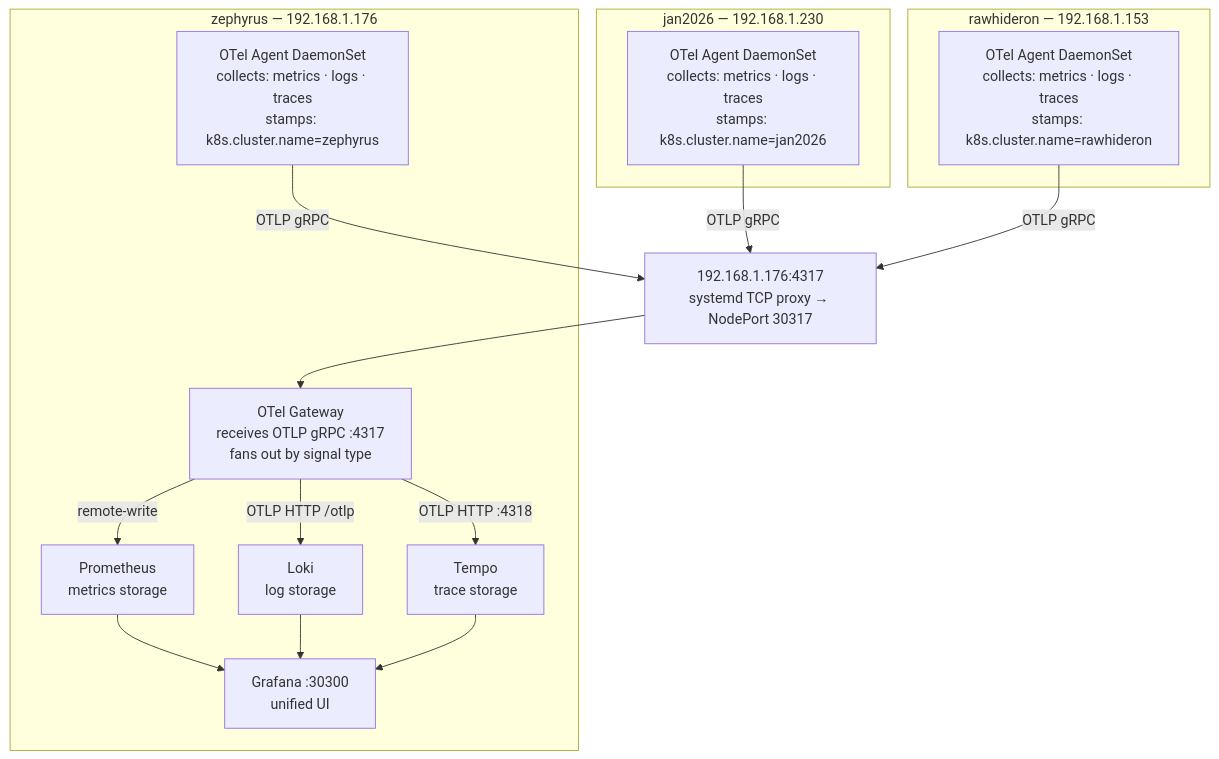
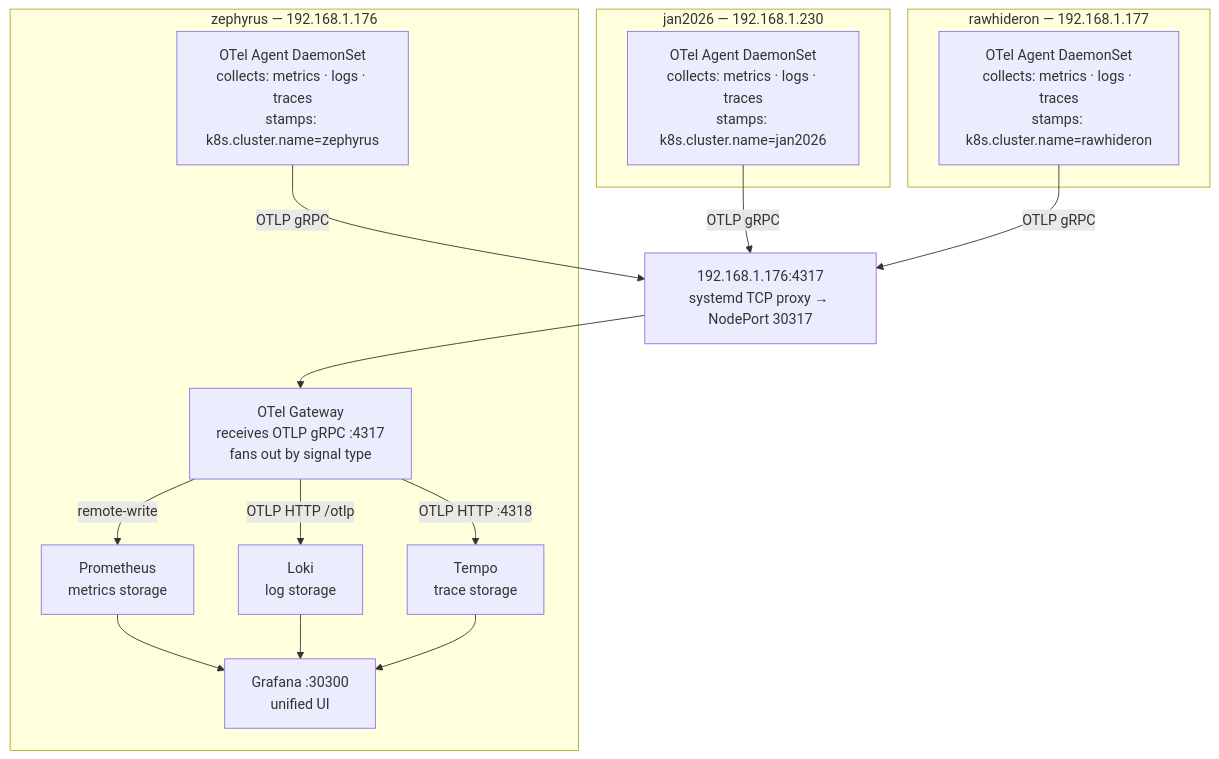
One commit to rawhideron/homelab-observability changed the diagram in README.md. Above: the diagram before and after it, drawn with Mermaid. The commit also changed other lines of this file and 2 other files, not shown here.

Commit message:
docs: update rawhideron host IP from 192.168.1.153 to 192.168.1.177

````diff
--- a/README.md
+++ b/README.md
@@ -18,44 +18,44 @@
 ```mermaid
 flowchart TD
     subgraph jan2026["jan2026 — 192.168.1.230"]
         A1[OTel Agent DaemonSet
 collects: metrics · logs · traces
 stamps: k8s.cluster.name=jan2026]
     end
 
     subgraph zephyrus["zephyrus — 192.168.1.176"]
         A2[OTel Agent DaemonSet
 collects: metrics · logs · traces
 stamps: k8s.cluster.name=zephyrus]
 
         GW[OTel Gateway
 receives OTLP gRPC :4317
 fans out by signal type]
         PROM[Prometheus
 metrics storage]
         LOKI[Loki
 log storage]
         TEMPO[Tempo
 trace storage]
         GRAF[Grafana :30300
 unified UI]
     end
 
-    subgraph rawhide["rawhideron — 192.168.1.153"]
+    subgraph rawhide["rawhideron — 192.168.1.177"]
         A3[OTel Agent DaemonSet
 collects: metrics · logs · traces
 stamps: k8s.cluster.name=rawhideron]
     end
 
     A1 -- OTLP gRPC --> NAT["192.168.1.176:4317
 systemd TCP proxy → NodePort 30317"]
     A2 -- OTLP gRPC --> NAT
     A3 -- OTLP gRPC --> NAT
     NAT --> GW
     GW -- remote-write --> PROM
     GW -- OTLP HTTP /otlp --> LOKI
     GW -- OTLP HTTP :4318 --> TEMPO
     PROM --> GRAF
     LOKI --> GRAF
     TEMPO --> GRAF
 ```
````
